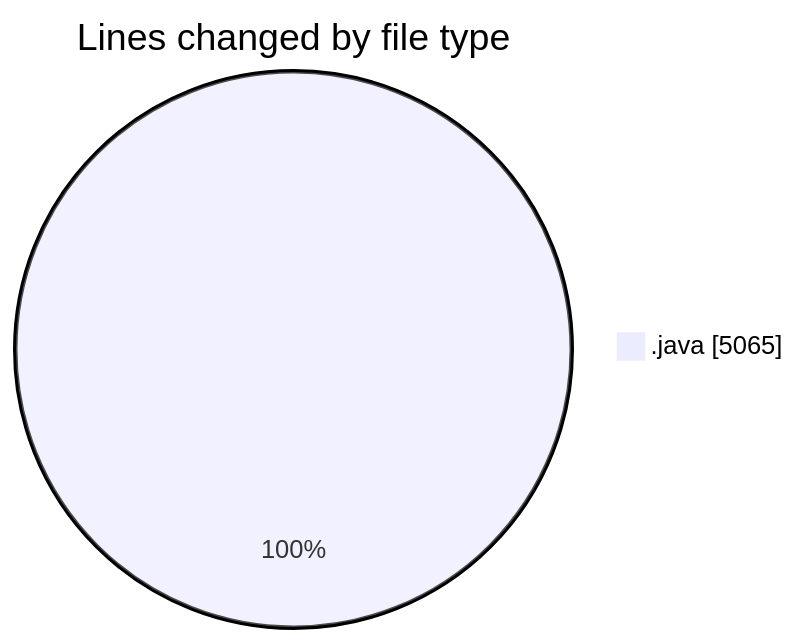
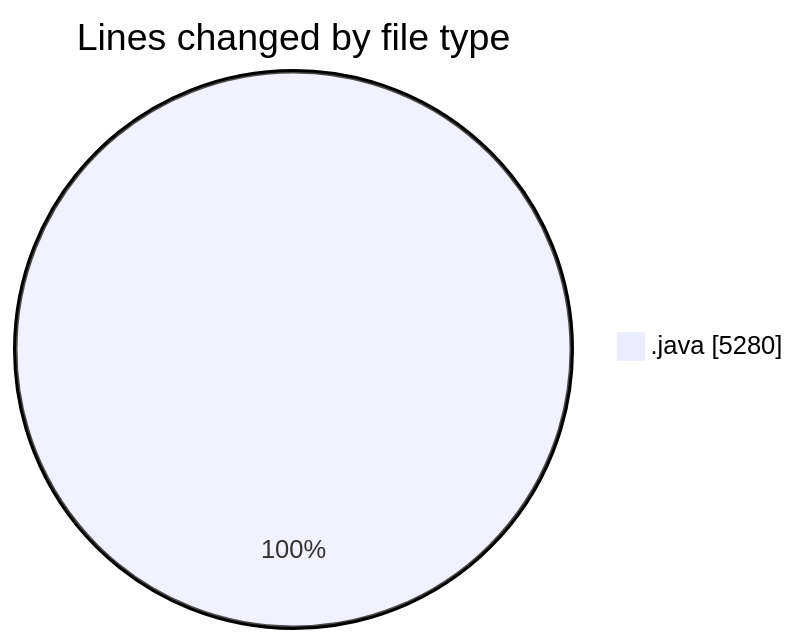
The first of 2 diagrams in 2026-05-05/cilapp/README.md (ricardozamudiocil/code-tracking), drawn with Mermaid before and after one commit. The commit also changed other lines of this file and 1 other file, not shown here.

````diff
--- a/2026-05-05/cilapp/README.md
+++ b/2026-05-05/cilapp/README.md
@@ -25,5 +25,5 @@
 ```mermaid
 pie showData
 title Lines changed by file type
-".java" : 5065
+".java" : 5280
 ```
````
